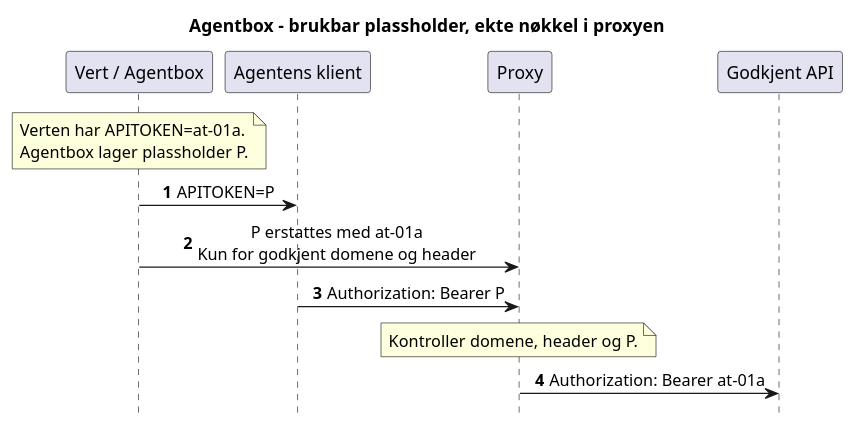
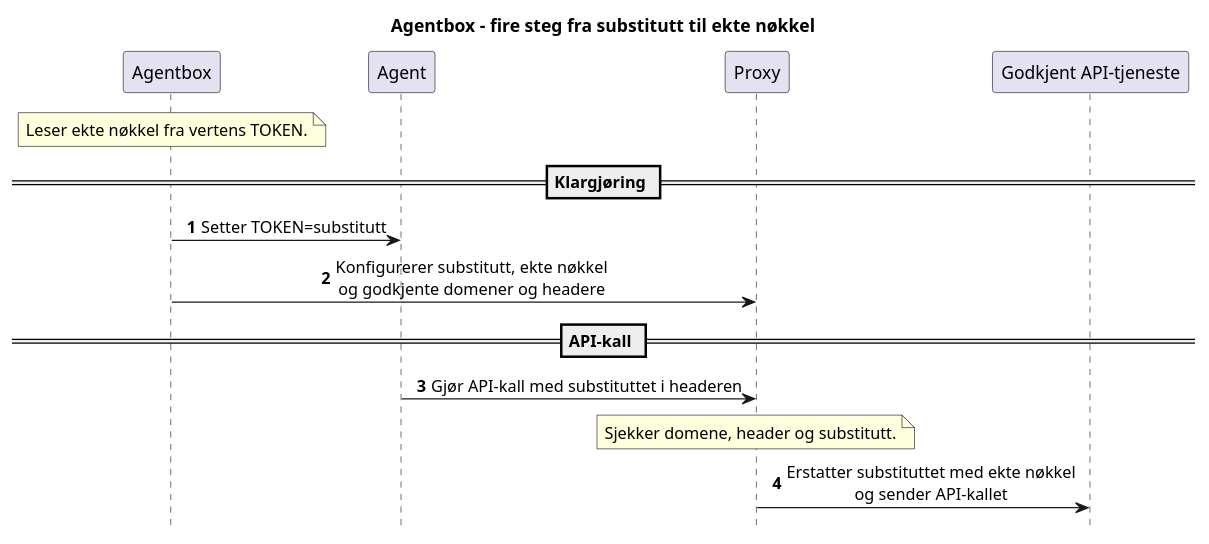
The third of 3 diagrams in docs/architecture-c4.md (oisteink/agentbox), drawn with PlantUML before and after one commit. The commit also changed other lines of this file and 16 other files, not shown here.

Commit message:
Clarify token examples and architecture diagrams

````diff
--- a/docs/architecture-c4.md
+++ b/docs/architecture-c4.md
@@ -146,21 +150,20 @@
 ```plantuml
 @startuml agentbox-token-sequence
-title Agentbox - brukbar plassholder, ekte nøkkel i proxyen
+title Agentbox - fire steg fra substitutt til ekte nøkkel
 hide footbox
 autonumber
 skinparam sequenceMessageAlign center
-participant "Vert / Agentbox" as host
-participant "Agentens klient" as agent
+participant "Agentbox" as host
+participant "Agent" as agent
 participant "Proxy" as proxy
-participant "Godkjent API" as api
-note over host
-  Verten har APITOKEN=at-01a.
-  Agentbox lager plassholder P.
-end note
-host -> agent: APITOKEN=P
-host -> proxy: P erstattes med at-01a\nKun for godkjent domene og header
-agent -> proxy: Authorization: Bearer P
-note over proxy: Kontroller domene, header og P.
-proxy -> api: Authorization: Bearer at-01a
+participant "Godkjent API-tjeneste" as api
+note over host: Leser ekte nøkkel fra vertens TOKEN.
+== Klargjøring ==
+host -> agent: Setter TOKEN=substitutt
+host -> proxy: Konfigurerer substitutt, ekte nøkkel\nog godkjente domener og headere
+== API-kall ==
+agent -> proxy: Gjør API-kall med substituttet i headeren
+note over proxy: Sjekker domene, header og substitutt.
+proxy -> api: Erstatter substituttet med ekte nøkkel\nog sender API-kallet
 @enduml
 ```
````
